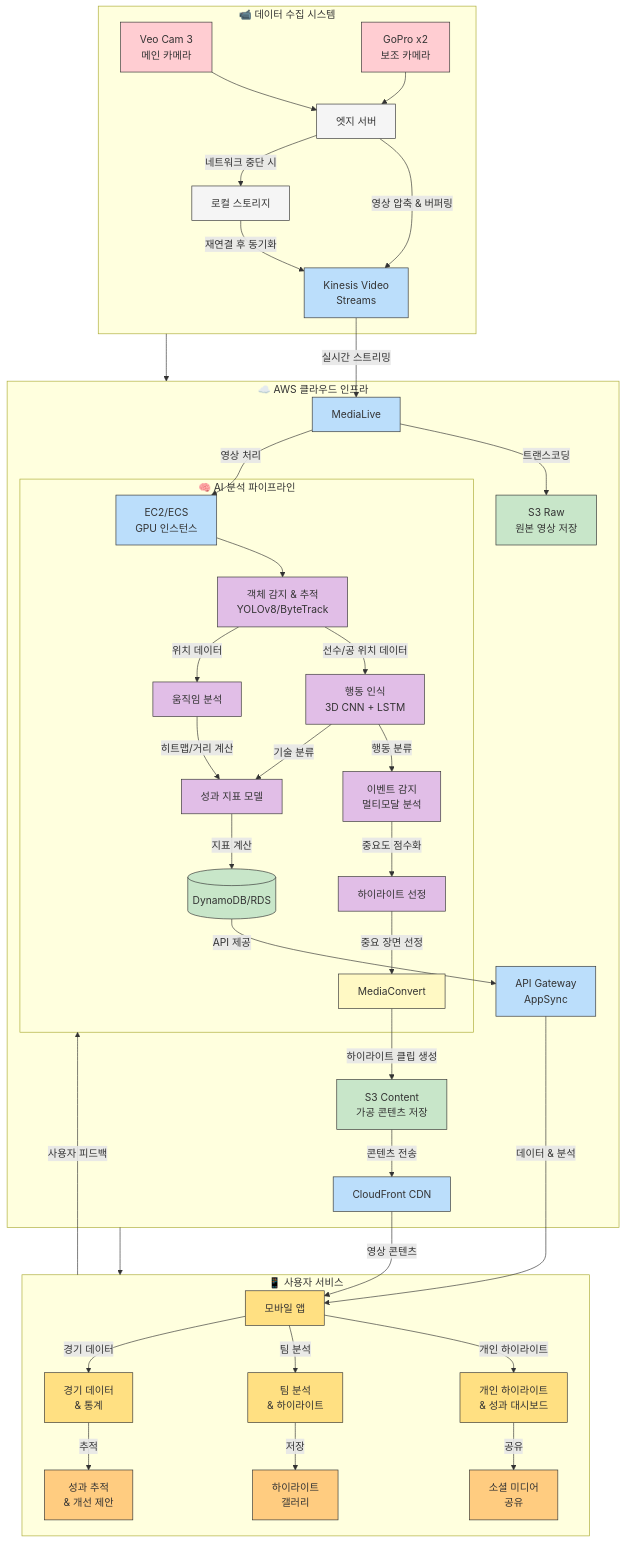
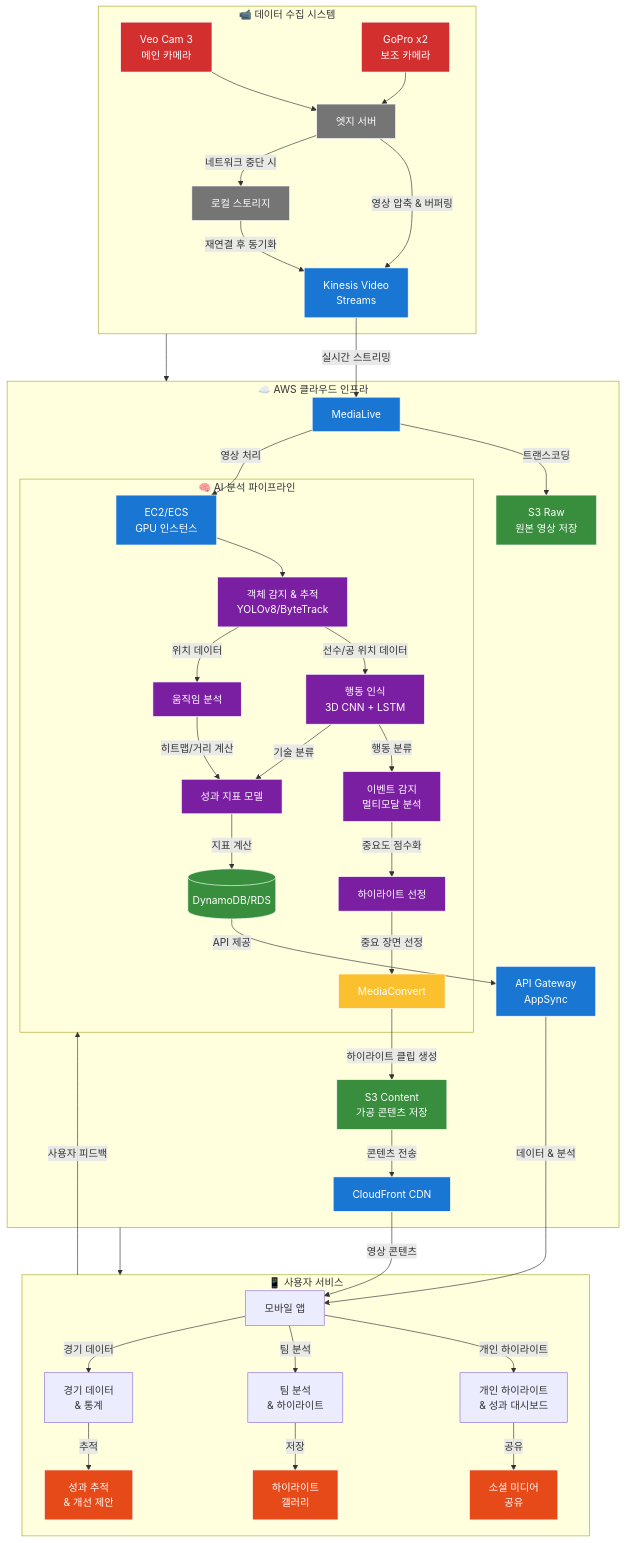
Before and after one commit to Mbt70/ROKAF-Startup-Challenge-Every-futsal-: the diagram in README.md, drawn with Mermaid. The commit also changed other lines of this file, not shown here.

````diff
--- a/README.md
+++ b/README.md
@@ -152,74 +152,74 @@
 ```mermaid
 flowchart TD
     %% 메인 섹션
     subgraph CS["📹 데이터 수집 시스템"]
-        VC[Veo Cam 3\n메인 카메라] --> ES
-        GP[GoPro x2\n보조 카메라] --> ES
+        VC[Veo Cam 3<br>메인 카메라] --> ES
+        GP[GoPro x2<br>보조 카메라] --> ES
         ES[엣지 서버] --> |영상 압축 & 버퍼링|KV
         ES --> |네트워크 중단 시|LS[로컬 스토리지]
         LS --> |재연결 후 동기화|KV
     end
 
     subgraph CL["☁️ AWS 클라우드 인프라"]
-        KV[Kinesis Video\nStreams] --> |실시간 스트리밍|ML[MediaLive]
-        ML --> |트랜스코딩|S3R[S3 Raw\n원본 영상 저장]
+        KV[Kinesis Video<br>Streams] --> |실시간 스트리밍|ML[MediaLive]
+        ML --> |트랜스코딩|S3R[S3 Raw<br>원본 영상 저장]
         ML --> |영상 처리|EC2
         
         subgraph AIP["🧠 AI 분석 파이프라인"]
-            EC2[EC2/ECS\nGPU 인스턴스] --> OD[객체 감지 & 추적\nYOLOv8/ByteTrack]
-            OD --> |선수/공 위치 데이터|AR[행동 인식\n3D CNN + LSTM]
-            AR --> |행동 분류|ED[이벤트 감지\n멀티모달 분석]
+            EC2[EC2/ECS<br>GPU 인스턴스] --> OD[객체 감지 & 추적<br>YOLOv8/ByteTrack]
+            OD --> |선수/공 위치 데이터|AR[행동 인식<br>3D CNN + LSTM]
+            AR --> |행동 분류|ED[이벤트 감지<br>멀티모달 분석]
             ED --> |중요도 점수화|HL[하이라이트 선정]
             
             OD --> |위치 데이터|MA[움직임 분석]
             MA --> |히트맵/거리 계산|PM[성과 지표 모델]
             AR --> |기술 분류|PM
             
             HL --> |중요 장면 선정|MC[MediaConvert]
             PM --> |지표 계산|DB[(DynamoDB/RDS)]
         end
         
-        MC --> |하이라이트 클립 생성|S3C[S3 Content\n가공 콘텐츠 저장]
-        DB --> |API 제공|AG[API Gateway\nAppSync]
+        MC --> |하이라이트 클립 생성|S3C[S3 Content<br>가공 콘텐츠 저장]
+        DB --> |API 제공|AG[API Gateway<br>AppSync]
         S3C --> |콘텐츠 전송|CF[CloudFront CDN]
     end
 
     subgraph US["📱 사용자 서비스"]
         CF --> |영상 콘텐츠|AP[모바일 앱]
         AG --> |데이터 & 분석|AP
         
-        AP --> |개인 하이라이트|PH[개인 하이라이트\n& 성과 대시보드]
-        AP --> |팀 분석|TA[팀 분석\n& 하이라이트]
-        AP --> |경기 데이터|MD[경기 데이터\n& 통계]
+        AP --> |개인 하이라이트|PH[개인 하이라이트<br>& 성과 대시보드]
+        AP --> |팀 분석|TA[팀 분석<br>& 하이라이트]
+        AP --> |경기 데이터|MD[경기 데이터<br>& 통계]
         
-        PH --> |공유|SM[소셜 미디어\n공유]
-        TA --> |저장|HP[하이라이트\n갤러리]
-        MD --> |추적|PT[성과 추적\n& 개선 제안]
+        PH --> |공유|SM[소셜 미디어<br>공유]
+        TA --> |저장|HP[하이라이트<br>갤러리]
+        MD --> |추적|PT[성과 추적<br>& 개선 제안]
     end
 
     %% 시스템 간 연결
     CS --> CL
     CL --> US
     
     %% 피드백 루프
     US --> |사용자 피드백|AIP
     
-    %% 스타일링 (Material Design 기반 색상으로 수정)
-    classDef camera fill:#FFCDD2,stroke:#333,stroke-width:1px
-    classDef edge fill:#F5F5F5,stroke:#333,stroke-width:1px
-    classDef cloud fill:#BBDEFB,stroke:#333,stroke-width:1px
-    classDef ai fill:#E1BEE7,stroke:#333,stroke-width:1px
-    classDef storage fill:#C8E6C9,stroke:#333,stroke-width:1px
-    classDef content fill:#FFF9C4,stroke:#333,stroke-width:1px
-    classDef app fill:#FFE082,stroke:#333,stroke-width:1px
-    classDef delivery fill:#FFCC80,stroke:#333,stroke-width:1px
+    %% 스타일링 (가독성이 좋도록 진한 배경, 흰색 텍스트)
+    classDef camera fill:#D32F2F,stroke:#fff,stroke-width:1px, color:#fff
+    classDef edge fill:#757575,stroke:#fff,stroke-width:1px, color:#fff
+    classDef cloud fill:#1976D2,stroke:#fff,stroke-width:1px, color:#fff
+    classDef ai fill:#7B1FA2,stroke:#fff,stroke-width:1px, color:#fff
+    classDef storage fill:#388E3C,stroke:#fff,stroke-width:1px, color:#fff
+    classDef content fill:#FBC02D,stroke:#fff,stroke-width:1px, color:#fff
+    classDef app fill:#F57C00,stroke:#fff,stroke-width:1px, color:#fff
+    classDef delivery fill:#E64A19,stroke:#fff,stroke-width:1px, color:#fff
     
     class VC,GP camera
     class ES,LS edge
     class KV,ML,EC2,AG,CF cloud
     class OD,AR,ED,HL,MA,PM ai
     class S3R,S3C,DB storage
     class MC content
-    class AP,PH,TA,MD app
+    class AP,PH,TA,MD appapp
     class SM,HP,PT delivery
 ```
````
